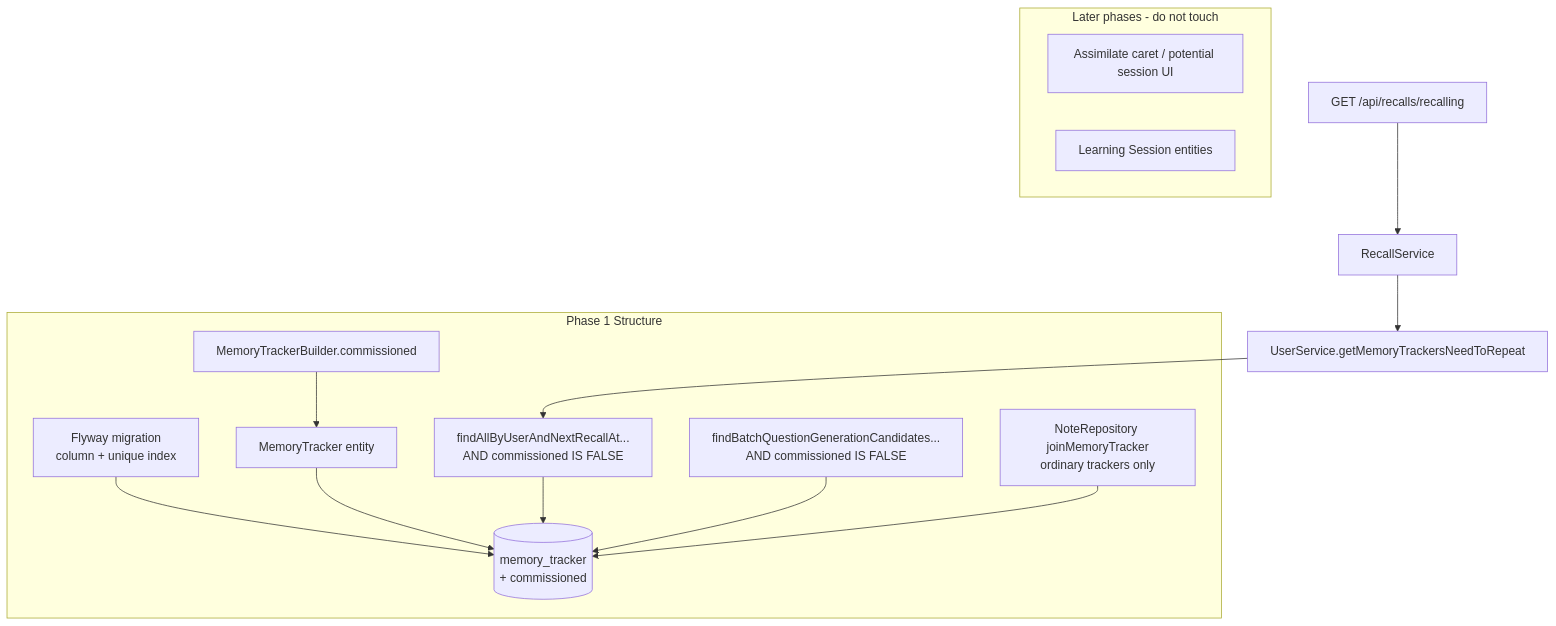
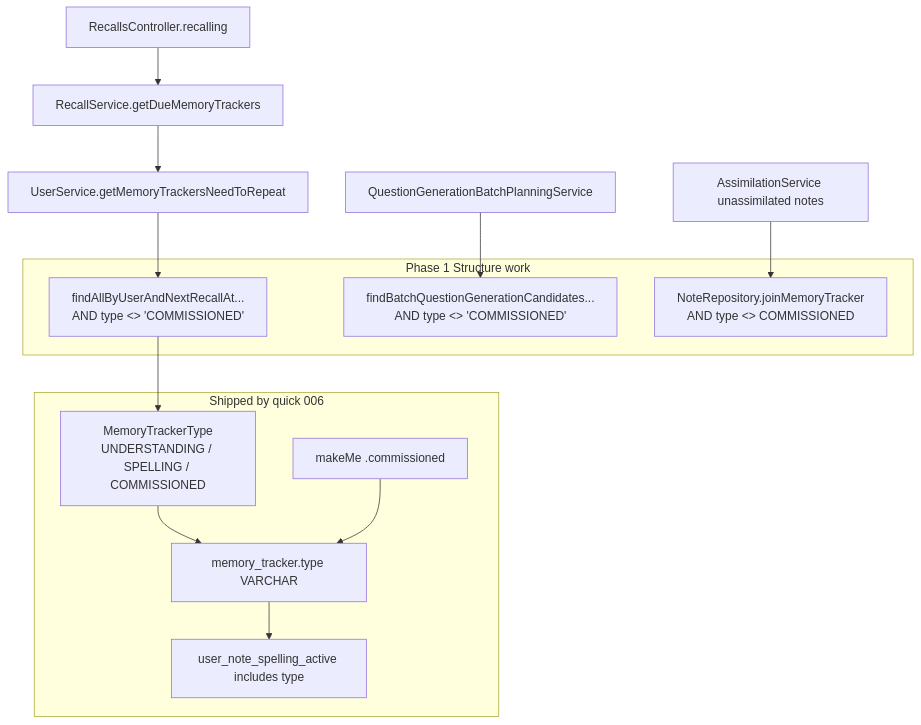
The diagram in .planning/phases/01-commissioned-tracker-model/01-RESEARCH.md (nerds-odd-e/doughnut), drawn with Mermaid before and after one commit. The commit also changed other lines of this file and 1 other file, not shown here.

Commit message:
docs(01): research phase domain for type=COMMISSIONED

````diff
--- a/.planning/phases/01-commissioned-tracker-model/01-RESEARCH.md
+++ b/.planning/phases/01-commissioned-tracker-model/01-RESEARCH.md
@@ -117,28 +132,27 @@
 ```mermaid
 flowchart TD
-  subgraph phase1 [Phase 1 Structure]
-    MT[(memory_tracker<br/>+ commissioned)]
-    Mig[Flyway migration<br/>column + unique index]
-    Entity[MemoryTracker entity]
-    MakeMe[MemoryTrackerBuilder.commissioned]
-    DueQ[findAllByUserAndNextRecallAt...<br/>AND commissioned IS FALSE]
-    BatchQ[findBatchQuestionGenerationCandidates...<br/>AND commissioned IS FALSE]
-    Unassim[NoteRepository joinMemoryTracker<br/>ordinary trackers only]
+  subgraph alreadyDone [Shipped by quick 006]
+    Enum[MemoryTrackerType<br/>UNDERSTANDING / SPELLING / COMMISSIONED]
+    Col[memory_tracker.type VARCHAR]
+    UK[user_note_spelling_active includes type]
+    Builder[makeMe .commissioned]
   end
 
-  Mig --> MT
-  Entity --> MT
-  MakeMe --> Entity
-  DueQ --> MT
-  BatchQ --> MT
-  Unassim --> MT
+  subgraph phase1 [Phase 1 Structure work]
+    DueQ["findAllByUserAndNextRecallAt...<br/>AND type <> 'COMMISSIONED'"]
+    BatchQ["findBatchQuestionGenerationCandidates...<br/>AND type <> 'COMMISSIONED'"]
+    JoinQ["NoteRepository.joinMemoryTracker<br/>AND type <> COMMISSIONED"]
+  end
 
-  HTTP["GET /api/recalls/recalling"] --> RS[RecallService]
+  Recalling[RecallsController.recalling] --> RS[RecallService.getDueMemoryTrackers]
   RS --> US[UserService.getMemoryTrackersNeedToRepeat]
   US --> DueQ
+  DueQ --> Enum
 
-  subgraph later [Later phases - do not touch]
-    UI[Assimilate caret / potential session UI]
-    LS[Learning Session entities]
-  end
+  BatchPlan[QuestionGenerationBatchPlanningService] --> BatchQ
+  AssimQueue[AssimilationService unassimilated notes] --> JoinQ
+
+  Enum --> Col
+  Col --> UK
+  Builder --> Col
 ```
````
